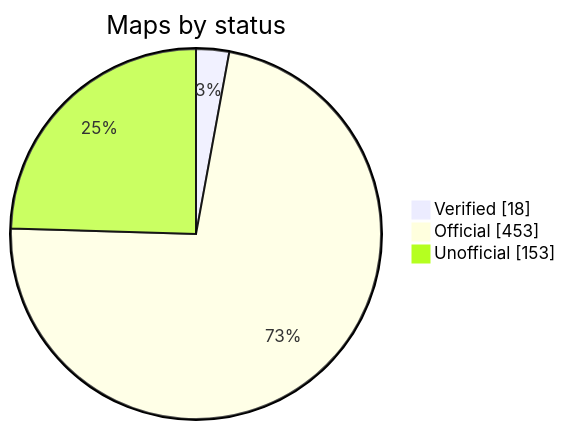
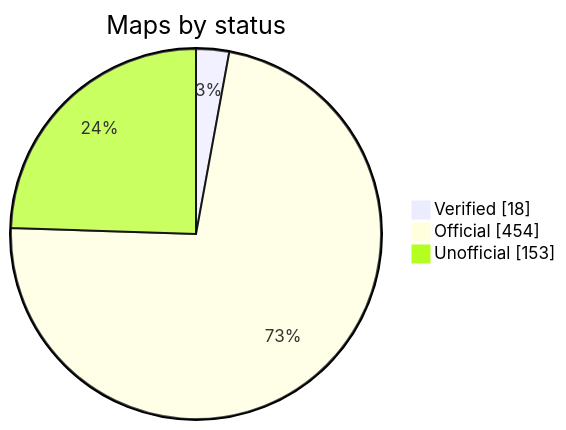
One commit to nobrega8/mbmap-library changed the diagram in README.md. Above: the diagram before and after it, drawn with Mermaid. The commit also changed 6 other files, not shown here.

````diff
--- a/README.md
+++ b/README.md
@@ -52,7 +52,7 @@
 ```mermaid
 pie showData
     title Maps by status
     "Verified" : 18
-    "Official" : 453
+    "Official" : 454
     "Unofficial" : 153
 ```
````
